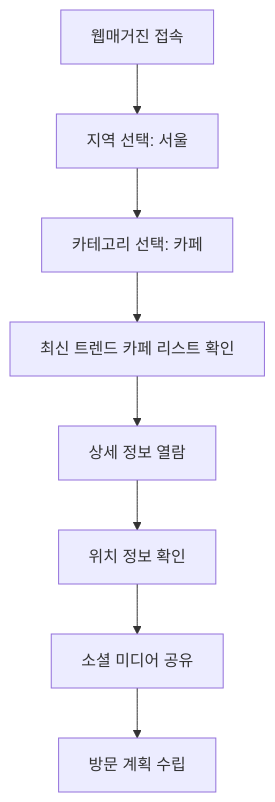
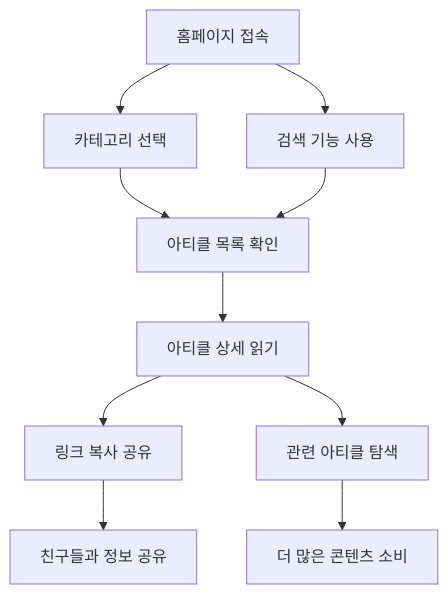
The diagram in .cursor/rules/user-scenarios.mdc (fullkeem/magplus), drawn with Mermaid before and after one commit. The commit also changed other lines of this file and 14 other files, not shown here.

````diff
--- a/.cursor/rules/user-scenarios.mdc
+++ b/.cursor/rules/user-scenarios.mdc
@@ -74,10 +61,12 @@
 ```mermaid
 graph TD
-    A[웹매거진 접속] --> B[지역 선택: 서울]
-    B --> C[카테고리 선택: 카페]
-    C --> D[최신 트렌드 카페 리스트 확인]
-    D --> E[상세 정보 열람]
-    E --> F[위치 정보 확인]
-    F --> G[소셜 미디어 공유]
-    G --> H[방문 계획 수립]
+    A[홈페이지 접속] --> B[카테고리 선택]
+    A --> C[검색 기능 사용]
+    B --> D[아티클 목록 확인]
+    C --> D
+    D --> E[아티클 상세 읽기]
+    E --> F[링크 복사 공유]
+    E --> G[관련 아티클 탐색]
+    F --> H[친구들과 정보 공유]
+    G --> I[더 많은 콘텐츠 소비]
 ```
````
